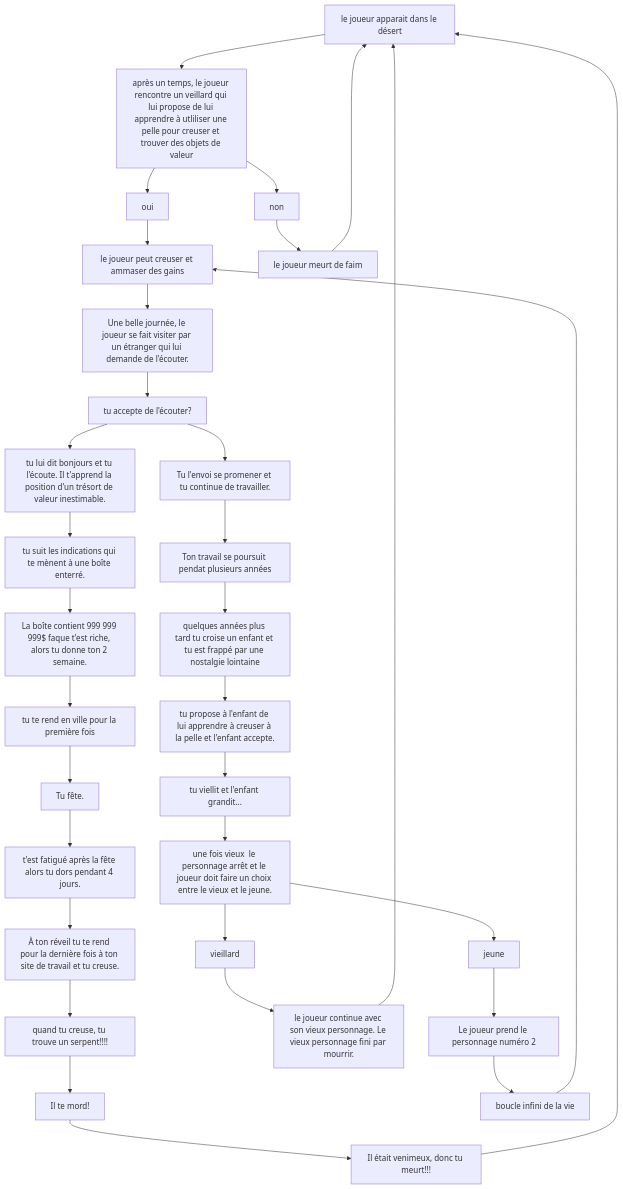
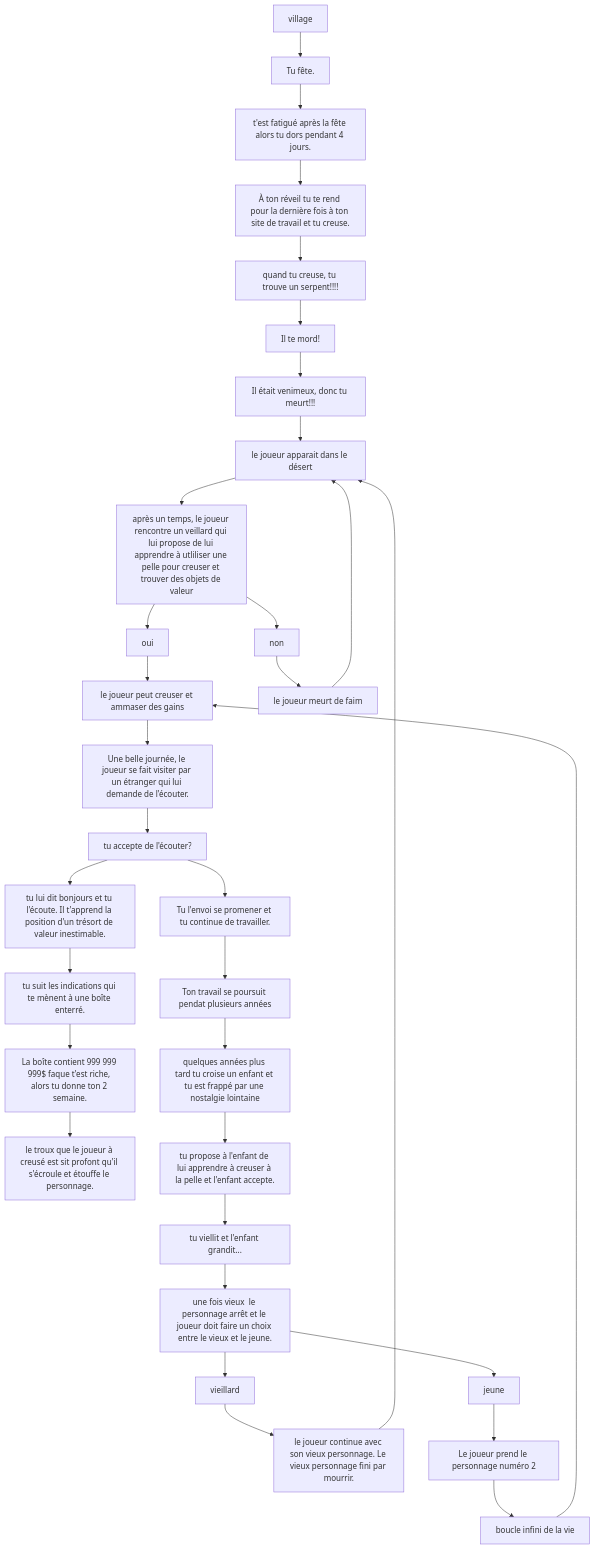
The diagram in README.md (KevenMalric/E2), drawn with Mermaid before and after one commit.

````diff
--- a/README.md
+++ b/README.md
@@ -18,36 +18,36 @@
 ```mermaid
 graph TD;
     personnage[le joueur apparait dans le désert]-->apprenti?;
     apprenti?[après un temps, le joueur rencontre un veillard qui lui propose de lui apprendre à utliliser une pelle pour creuser et trouver des objets de valeur]-->oui;
     apprenti?[après un temps, le joueur rencontre un veillard qui lui propose de lui apprendre à utliliser une pelle pour creuser et trouver des objets de valeur]-->non;
     oui-->creuse[le joueur peut creuser et ammaser des gains];
     non-->décès[le joueur meurt de faim];
     décès-->personnage
     creuse-->visiteur[Une belle journée, le joueur se fait visiter par un étranger qui lui demande de l'écouter.];
     visiteur-->parle?[tu accepte de l'écouter?];
     parle?-->salut[tu lui dit bonjours et tu l'écoute. Il t'apprend la position d'un trésort de valeur inestimable.];
     parle?-->non2[Tu l'envoi se promener et tu continue de travailler.];
     salut-->trésort[tu suit les indications qui te mènent à une boîte enterré.];
     trésort-->argent[La boîte contient 999 999 999$ faque t'est riche, alors tu donne ton 2 semaine.];
-    argent-->village[tu te rend en ville pour la première fois];
+    argent-->catastrophe[le troux que le joueur à creusé est sit profont qu'il s'écroule et étouffe le personnage.];
     village-->fête[Tu fête.];
     fête-->dors[t'est fatigué après la fête alors tu dors pendant 4 jours.];
     dors-->creuse3[À ton réveil tu te rend pour la dernière fois à ton site de travail et tu creuse.];
     creuse3-->serpent[quand tu creuse, tu trouve un serpent!!!!];
     serpent-->mord[Il te mord!];
     mord-->meurt[Il était venimeux, donc tu meurt!!!];
     meurt-->personnage;
     non2-->continue[Ton travail se poursuit pendat plusieurs années];
     continue-->enfant[quelques années plus tard tu croise un enfant et tu est frappé par une nostalgie lointaine];
     enfant-->tutel[tu propose à l'enfant de lui apprendre à creuser à la pelle et l'enfant accepte.];
     tutel-->vieux[tu viellit et l'enfant grandit...];
     vieux-->choix[une fois vieux  le personnage arrêt et le joueur doit faire un choix entre le vieux et le jeune.]
     choix-->vieillard;
     choix-->jeune;
     vieillard-->mort[le joueur continue avec son vieux personnage. Le vieux personnage fini par mourrir.];
     mort-->personnage;
     jeune-->personnage2[Le joueur prend le personnage numéro 2];
     personnage2-->loop[boucle infini de la vie]-->creuse;
     
 
 ```
````
